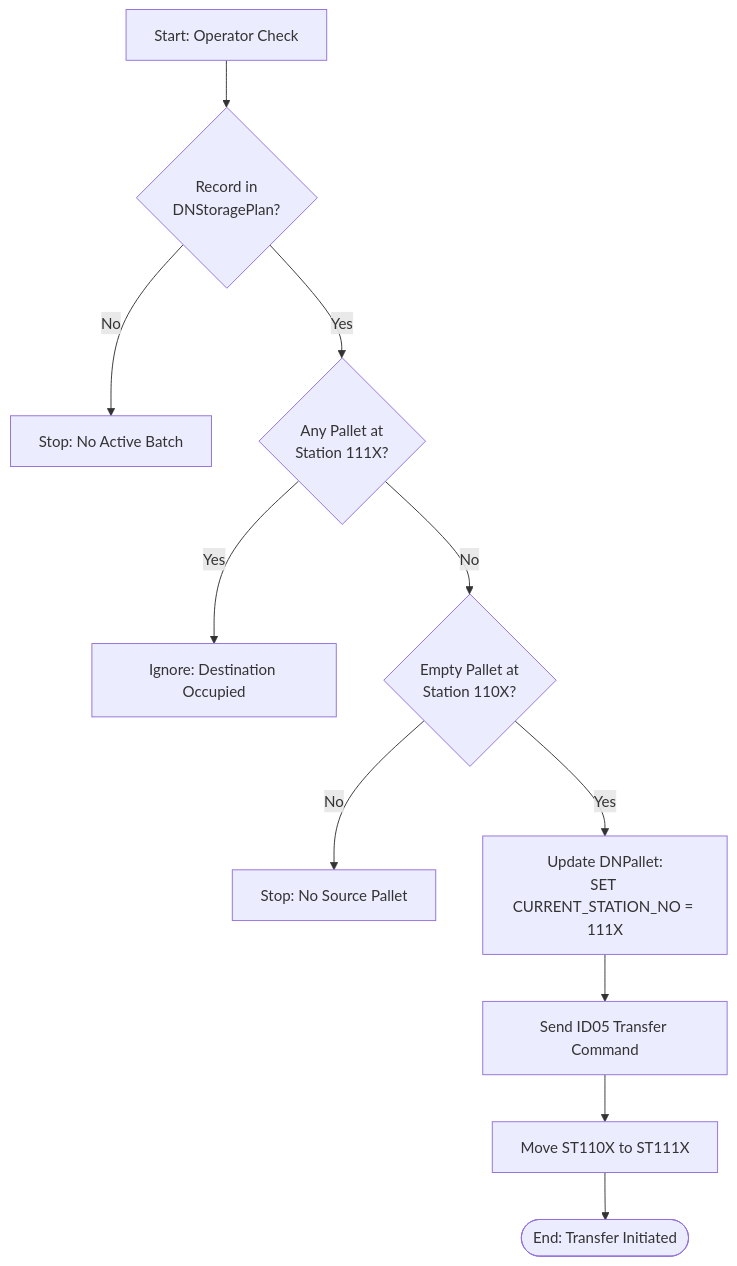
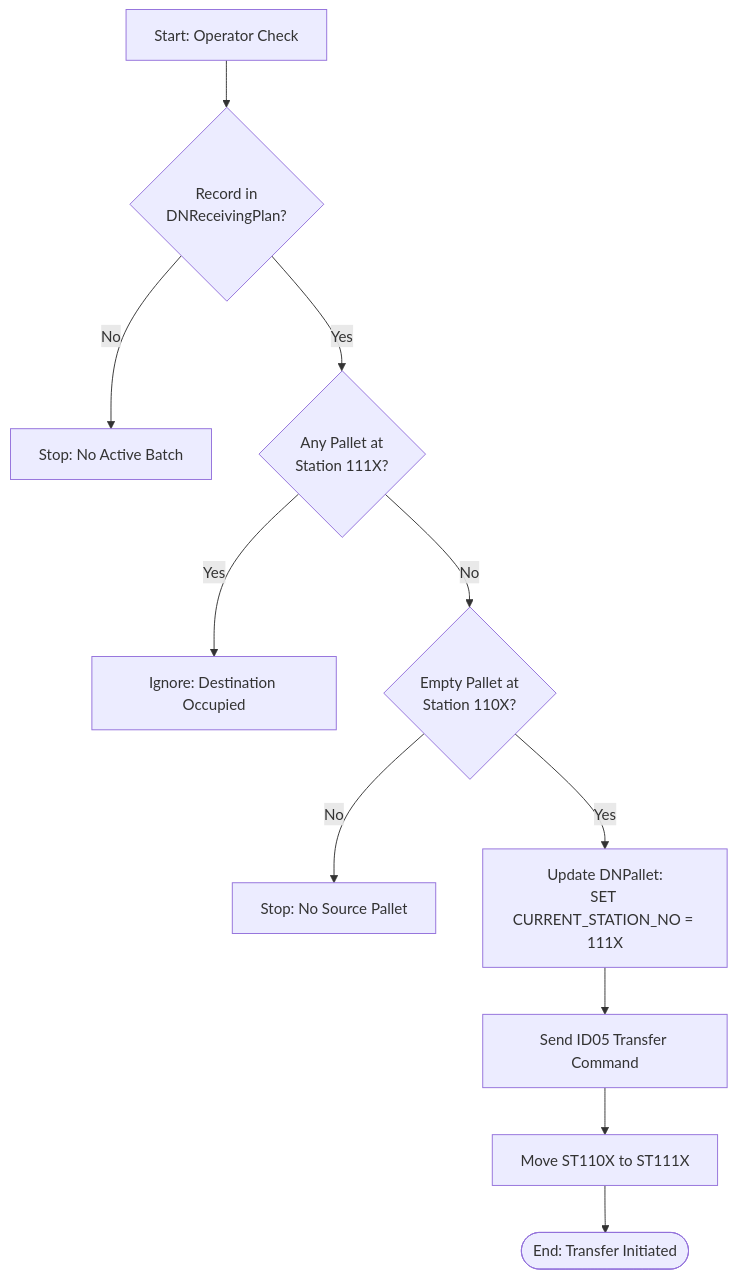
Before and after one commit to luthfiadityaa/SimeDarby-Wiki: the second of 8 diagrams in Basic-Design/DFD-WMS/Storage/PALLETIZE-OPERATION-(HP)/2.-Batch-Start.md, drawn with Mermaid. The commit also changed other lines of this file and 6 other files, not shown here.

Commit message:
update unplanned storage flow

```diff
--- a/Basic-Design/DFD-WMS/Storage/PALLETIZE-OPERATION-(HP)/2.-Batch-Start.md
+++ b/Basic-Design/DFD-WMS/Storage/PALLETIZE-OPERATION-(HP)/2.-Batch-Start.md
@@ -49,16 +49,16 @@
 ::: mermaid
 graph TD
-    A[Start: Operator Check] --> B{Record in<br/>DNStoragePlan?}
+    A[Start: Operator Check] --> B{Record in<br/>DNReceivingPlan?}
     B -- No --> C[Stop: No Active Batch]
     B -- Yes --> D{Any Pallet at<br/>Station 111X?}
     
     D -- Yes --> E[Ignore: Destination Occupied]
     D -- No --> F{Empty Pallet at<br/>Station 110X?}
     
     F -- No --> G[Stop: No Source Pallet]
     F -- Yes --> H[Update DNPallet:<br/>SET CURRENT_STATION_NO = 111X]
     
     H --> I[Send ID05 Transfer Command]
     I --> J[Move ST110X to ST111X]
     J --> K([End: Transfer Initiated])
 :::
```
